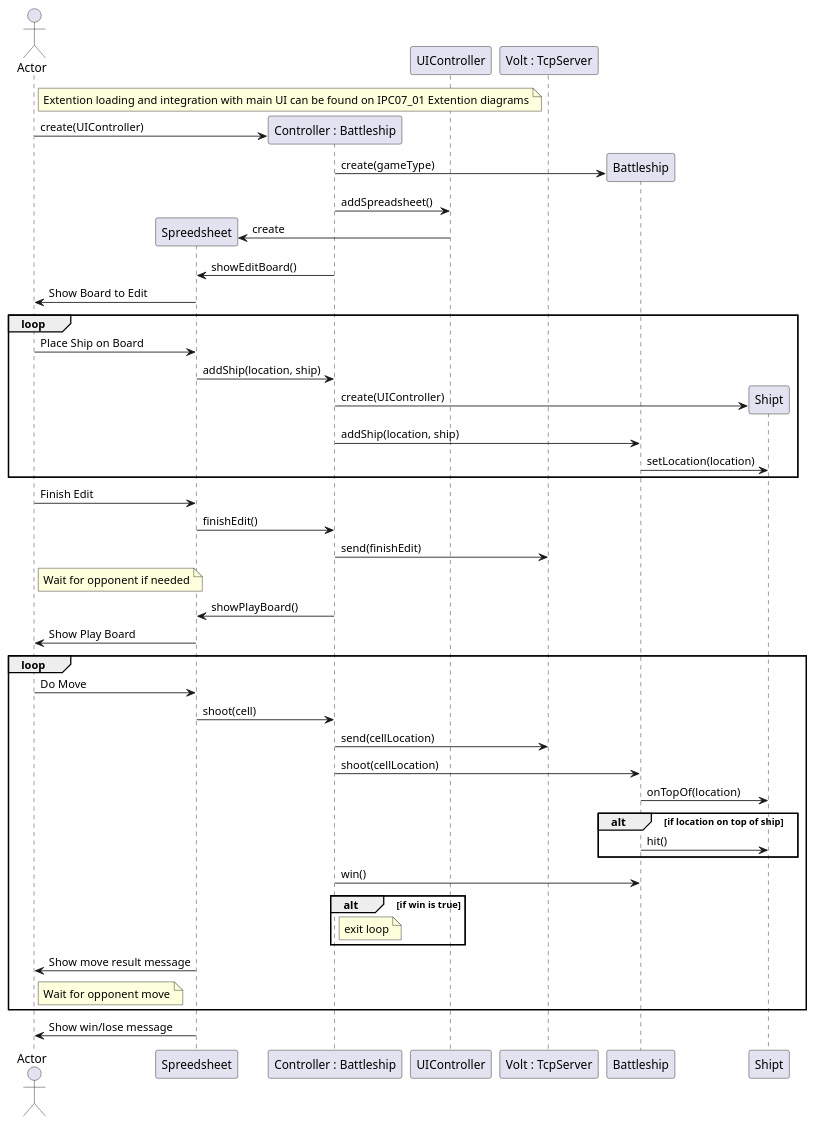
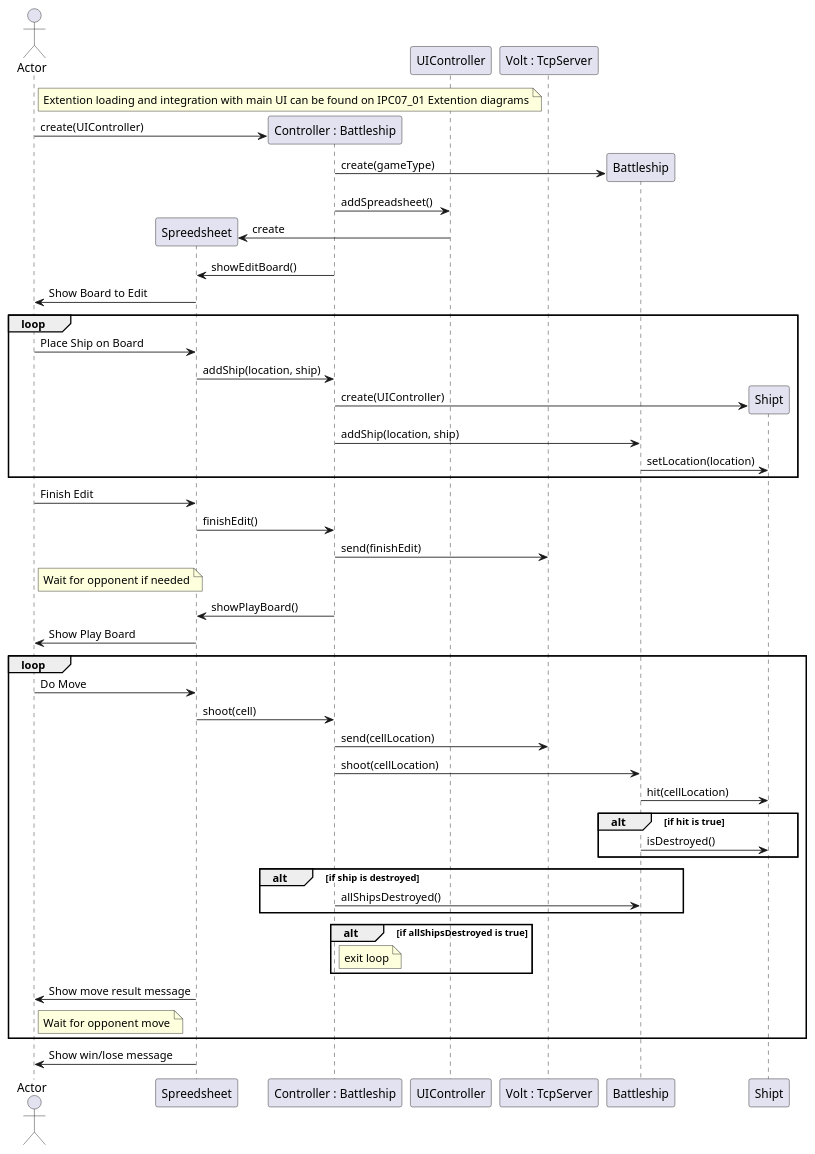
The diagram in src/main/java/csheets/worklog/n1141071/sprint4/ipc07_03_design.puml (RubenTeixeira/cleansheets_isep_2dg_2016), drawn with PlantUML before and after one commit.

Commit message:
LPFOURDG-306 #comment Update design diagram (Change method names).

```diff
--- a/src/main/java/csheets/worklog/n1141071/sprint4/ipc07_03_design.puml
+++ b/src/main/java/csheets/worklog/n1141071/sprint4/ipc07_03_design.puml
@@ -1,62 +1,64 @@
 @startuml doc-files/crm04_02_design.png
 actor Actor
 
   participant "Spreedsheet" as UI 
   participant "Controller : Battleship" as controller
   participant "UIController" as uicontrol
   participant "Volt : TcpServer" as server
   participant "Battleship" as game
   participant "Shipt" as ship
 
   note right of Actor
         Extention loading and integration with main UI can be found on IPC07_01 Extention diagrams
   end note 
 
   create controller
   Actor -> controller : create(UIController)
   create game
   controller -> game : create(gameType)
   controller -> uicontrol : addSpreadsheet()
   create UI
   uicontrol -> UI : create
   controller -> UI : showEditBoard()
   UI -> Actor : Show Board to Edit
   loop
     Actor -> UI : Place Ship on Board
     UI -> controller : addShip(location, ship)
     create ship
     controller -> ship : create(UIController)
     controller -> game : addShip(location, ship)
     game -> ship : setLocation(location)
   end loop
   Actor -> UI : Finish Edit
   UI -> controller : finishEdit()
   controller -> server : send(finishEdit)
   note right of Actor
     Wait for opponent if needed
   end note
   controller -> UI : showPlayBoard()
   
   UI -> Actor : Show Play Board
   loop
     Actor -> UI : Do Move
     UI -> controller : shoot(cell)
     controller -> server : send(cellLocation)
     controller -> game : shoot(cellLocation)
-    game -> ship : onTopOf(location)
-    alt if location on top of ship
-        game -> ship : hit()
+    game -> ship : hit(cellLocation)
+    alt if hit is true
+        game -> ship : isDestroyed()
     end
-    controller -> game : win()
-    alt if win is true
+    alt if ship is destroyed
+        controller -> game : allShipsDestroyed()
+    end
+    alt if allShipsDestroyed is true
         note right of controller
             exit loop
         end note
     end
     UI -> Actor : Show move result message
     note right of Actor
         Wait for opponent move
     end note
   end loop
   UI -> Actor : Show win/lose message
 @enduml
```
